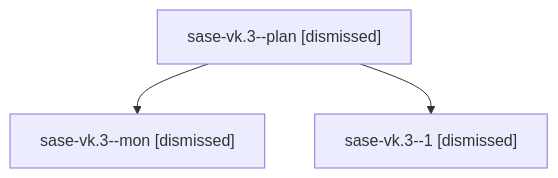
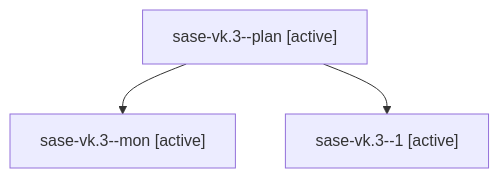
One commit to sase-org/sase--agents changed the diagram in families/bbugyi200.athena.sase-vk.3.md. Above: the diagram before and after it, drawn with Mermaid. The commit also changed other lines of this file and 35830 other files, not shown here.

````diff
--- a/families/bbugyi200.athena.sase-vk.3.md
+++ b/families/bbugyi200.athena.sase-vk.3.md
@@ -9,8 +9,8 @@
 ```mermaid
 flowchart TD
-  n0["sase-vk.3--plan [dismissed]"]
-  n1["sase-vk.3--mon [dismissed]"]
+  n0["sase-vk.3--plan [active]"]
+  n1["sase-vk.3--mon [active]"]
   n0 --> n1
-  n2["sase-vk.3--1 [dismissed]"]
+  n2["sase-vk.3--1 [active]"]
   n0 --> n2
 ```
````
